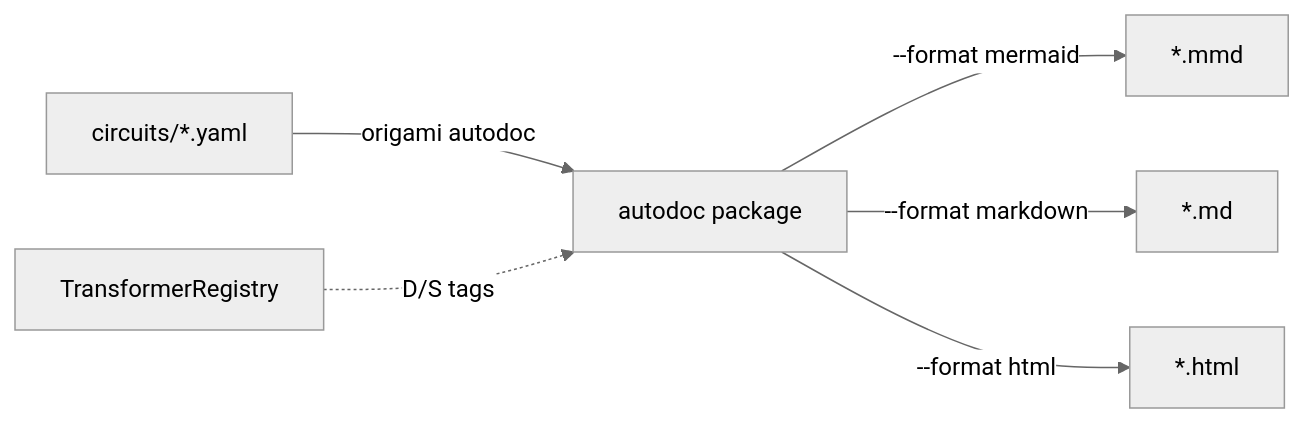
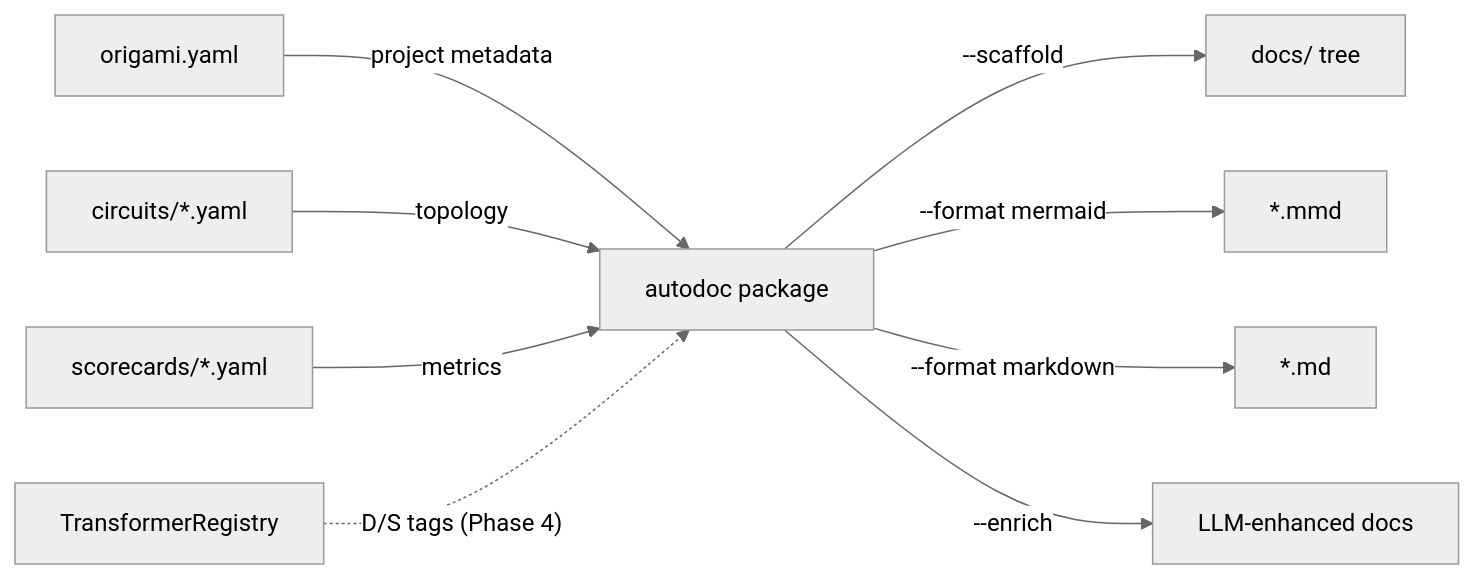
Before and after one commit to dpopsuev/asterisk: the diagram in .cursor/contracts/draft/origami-autodoc.md, drawn with Mermaid (neutral theme). The commit also changed other lines of this file and 3 other files, not shown here.

First line of the commit message:
docs(contracts): promote origami-autodoc to quick-win, restructure docs dependency graph

````diff
--- a/.cursor/contracts/draft/origami-autodoc.md
+++ b/.cursor/contracts/draft/origami-autodoc.md
@@ -27,8 +33,11 @@
 ```mermaid
 graph LR
-    yaml["circuits/*.yaml"] -->|"origami autodoc"| autodoc["autodoc package"]
+    manifest["origami.yaml"] -->|"project metadata"| autodoc["autodoc package"]
+    circuits["circuits/*.yaml"] -->|"topology"| autodoc
+    scorecards["scorecards/*.yaml"] -->|"metrics"| autodoc
+    registry["TransformerRegistry"] -.->|"D/S tags (Phase 4)"| autodoc
+    autodoc -->|"--scaffold"| tree["docs/ tree"]
     autodoc -->|"--format mermaid"| mermaid["*.mmd"]
     autodoc -->|"--format markdown"| md["*.md"]
-    autodoc -->|"--format html"| html["*.html"]
-    registry["TransformerRegistry"] -.->|"D/S tags"| autodoc
+    autodoc -->|"--enrich"| enriched["LLM-enhanced docs"]
 ```
````
